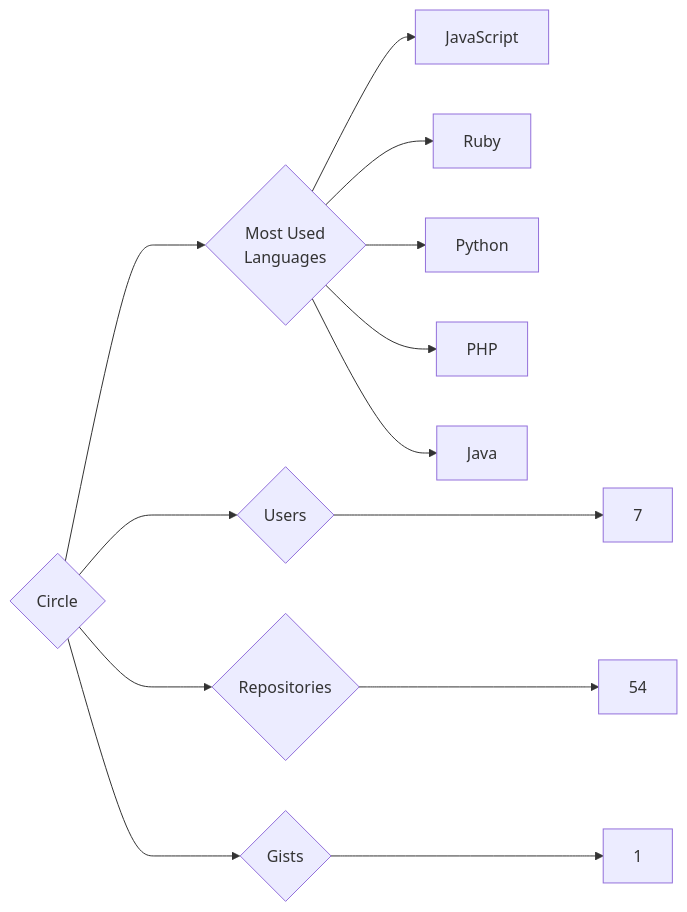
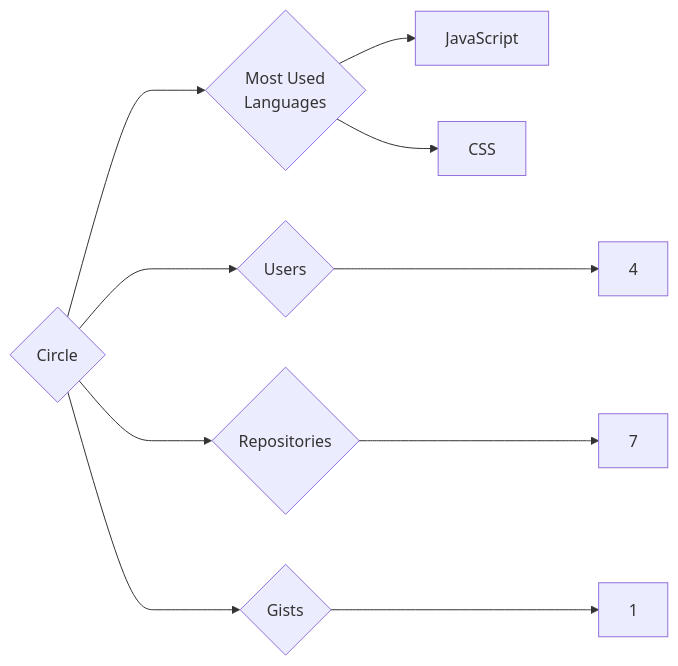
The diagram in targets/Circle/README.md (trickest/insiders), drawn with Mermaid before and after one commit. The commit also changed 724 other files, not shown here.

````diff
--- a/targets/Circle/README.md
+++ b/targets/Circle/README.md
@@ -3,13 +3,10 @@
 ```mermaid
 graph LR
 COMPANY_NAME{Circle}
-COMPANY_NAME ---> U{Users} ---> UN[7]
-COMPANY_NAME ---> R{Repositories} ---> RN[54]
+COMPANY_NAME ---> U{Users} ---> UN[4]
+COMPANY_NAME ---> R{Repositories} ---> RN[7]
 COMPANY_NAME ---> G{Gists} ---> GN[1]
 COMPANY_NAME ---> ML{Most Used<br>Languages}
 ML --> JavaScript[JavaScript]
-ML --> Ruby[Ruby]
-ML --> Python[Python]
-ML --> PHP[PHP]
-ML --> Java[Java]
+ML --> CSS[CSS]
 ```
````
